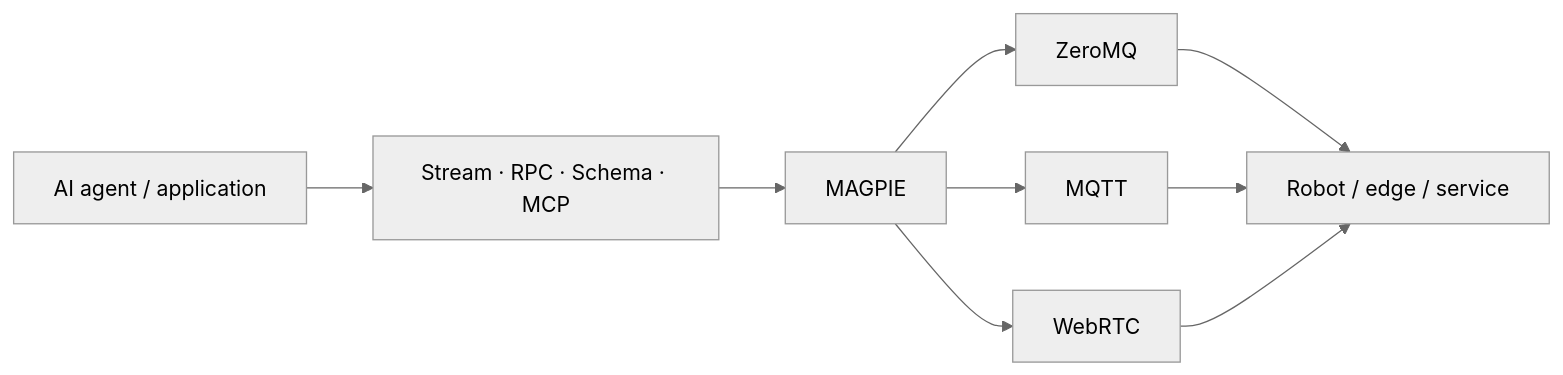
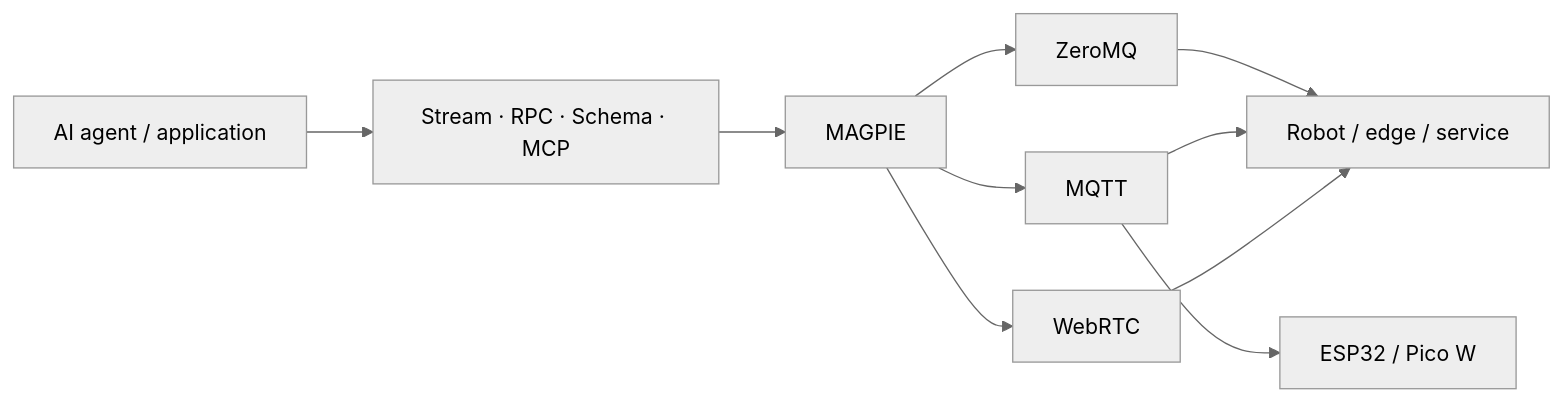
Before and after one commit to luxai-qtrobot/magpie-doc: the diagram in docs/overview.mdx, drawn with Mermaid (neutral theme). The commit also changed other lines of this file and 31 other files, not shown here.

````diff
--- a/docs/overview.mdx
+++ b/docs/overview.mdx
@@ -20,11 +20,12 @@
 ```mermaid
 flowchart LR
     I[AI agent / application] --> API[Stream · RPC · Schema · MCP]
     API --> M[MAGPIE]
     M --> Z[ZeroMQ]
     M --> Q[MQTT]
     M --> W[WebRTC]
     Z --> E[Robot / edge / service]
     Q --> E
     W --> E
+    Q --> U[ESP32 / Pico W]
 ```
````
